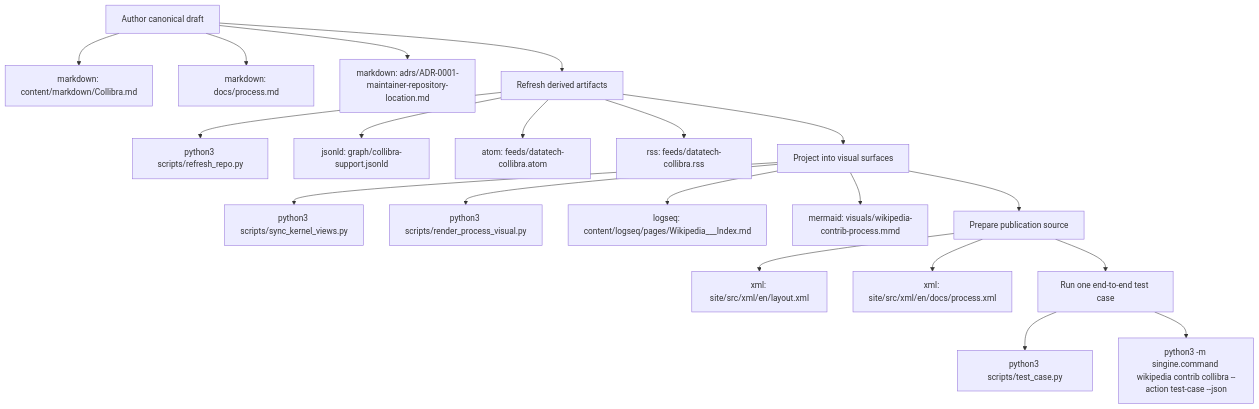
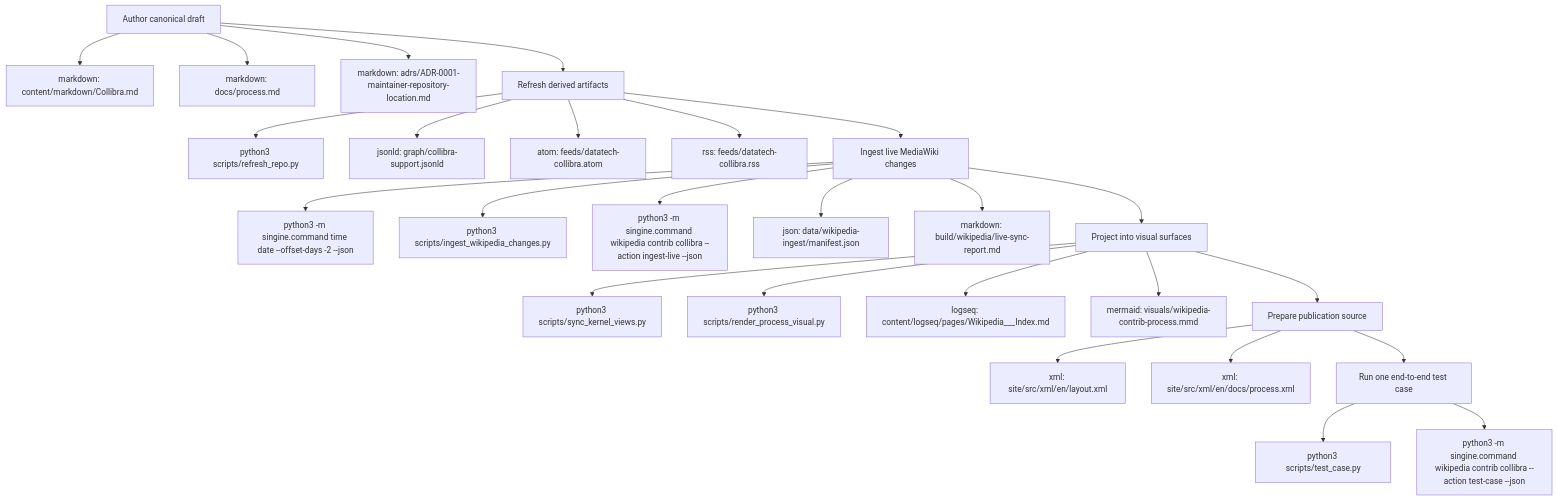
Before and after one commit to sindoc/datatech-wiki-kg: the diagram in visuals/wikipedia-contrib-process.mmd, drawn with Mermaid. The commit also changed 67 other files, not shown here.

Commit message:
Add Wikipedia ingest and reference workbench flows

```diff
--- a/visuals/wikipedia-contrib-process.mmd
+++ b/visuals/wikipedia-contrib-process.mmd
@@ -1,40 +1,52 @@
 flowchart TD
     S1["Author canonical draft"]
     A1["markdown: content/markdown/Collibra.md"]
     S1 --> A1
     A2["markdown: docs/process.md"]
     S1 --> A2
     A3["markdown: adrs/ADR-0001-maintainer-repository-location.md"]
     S1 --> A3
     S2["Refresh derived artifacts"]
     C1["python3 scripts/refresh_repo.py"]
     S2 --> C1
     A4["jsonld: graph/collibra-support.jsonld"]
     S2 --> A4
     A5["atom: feeds/datatech-collibra.atom"]
     S2 --> A5
     A6["rss: feeds/datatech-collibra.rss"]
     S2 --> A6
-    S3["Project into visual surfaces"]
-    C2["python3 scripts/sync_kernel_views.py"]
+    S3["Ingest live MediaWiki changes"]
+    C2["python3 -m singine.command time date --offset-days -2 --json"]
     S3 --> C2
-    C3["python3 scripts/render_process_visual.py"]
+    C3["python3 scripts/ingest_wikipedia_changes.py"]
     S3 --> C3
-    A7["logseq: content/logseq/pages/Wikipedia___Index.md"]
+    C4["python3 -m singine.command wikipedia contrib collibra --action ingest-live --json"]
+    S3 --> C4
+    A7["json: data/wikipedia-ingest/manifest.json"]
     S3 --> A7
-    A8["mermaid: visuals/wikipedia-contrib-process.mmd"]
+    A8["markdown: build/wikipedia/live-sync-report.md"]
     S3 --> A8
-    S4["Prepare publication source"]
-    A9["xml: site/src/xml/en/layout.xml"]
+    S4["Project into visual surfaces"]
+    C5["python3 scripts/sync_kernel_views.py"]
+    S4 --> C5
+    C6["python3 scripts/render_process_visual.py"]
+    S4 --> C6
+    A9["logseq: content/logseq/pages/Wikipedia___Index.md"]
     S4 --> A9
-    A10["xml: site/src/xml/en/docs/process.xml"]
+    A10["mermaid: visuals/wikipedia-contrib-process.mmd"]
     S4 --> A10
-    S5["Run one end-to-end test case"]
-    C4["python3 scripts/test_case.py"]
-    S5 --> C4
-    C5["python3 -m singine.command wikipedia contrib collibra --action test-case --json"]
-    S5 --> C5
+    S5["Prepare publication source"]
+    A11["xml: site/src/xml/en/layout.xml"]
+    S5 --> A11
+    A12["xml: site/src/xml/en/docs/process.xml"]
+    S5 --> A12
+    S6["Run one end-to-end test case"]
+    C7["python3 scripts/test_case.py"]
+    S6 --> C7
+    C8["python3 -m singine.command wikipedia contrib collibra --action test-case --json"]
+    S6 --> C8
     S1 --> S2
     S2 --> S3
     S3 --> S4
     S4 --> S5
+    S5 --> S6
```
